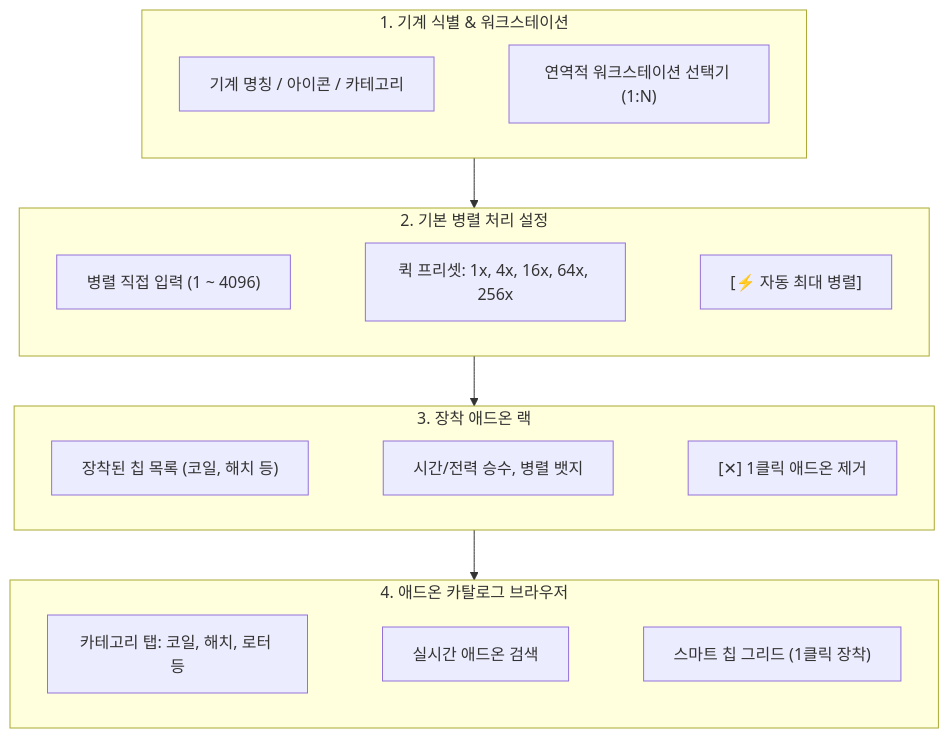
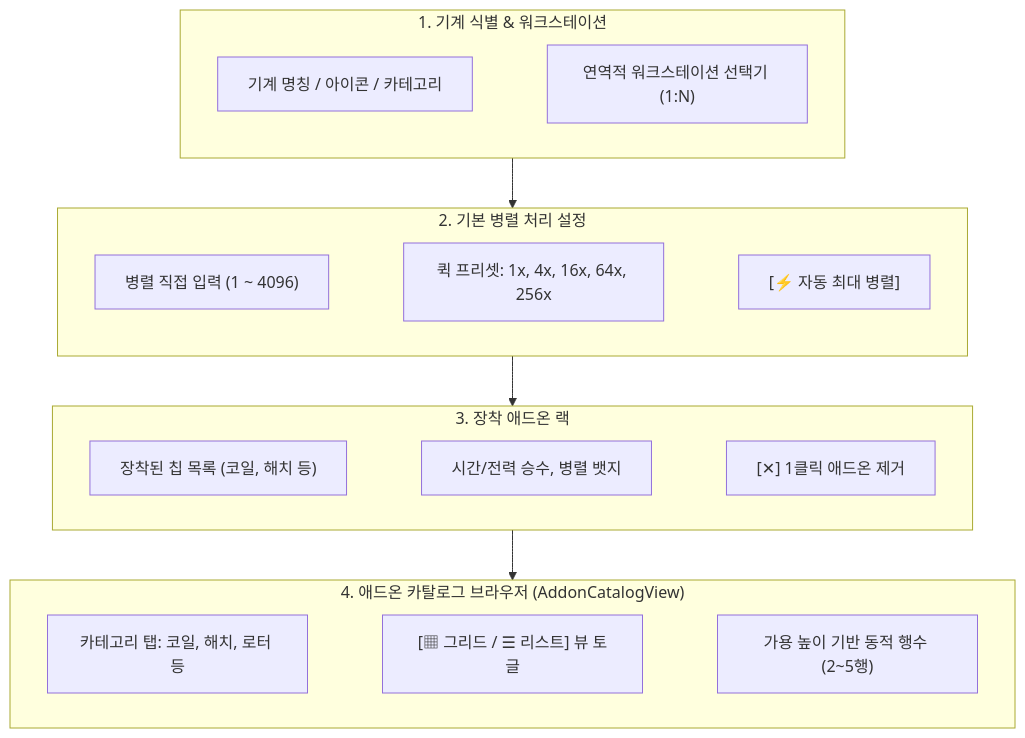
Before and after one commit to Amvermain/GregTechCalculatorBoard: the diagram in docs/ko_kr/spec/03_02_MACHINE_CONFIG_AND_ADDONS.md, drawn with Mermaid. The commit also changed other lines of this file and 111 other files, not shown here.

````diff
--- a/docs/ko_kr/spec/03_02_MACHINE_CONFIG_AND_ADDONS.md
+++ b/docs/ko_kr/spec/03_02_MACHINE_CONFIG_AND_ADDONS.md
@@ -12,24 +12,24 @@
 ```mermaid
 flowchart TB
     subgraph Header["1. 기계 식별 & 워크스테이션"]
         direction LR
         TITLE["기계 명칭 / 아이콘 / 카테고리"] ~~~ WS_SELECT["연역적 워크스테이션 선택기 (1:N)"]
     end
 
     subgraph Section1["2. 기본 병렬 처리 설정"]
         direction LR
         PAR_INPUT["병렬 직접 입력 (1 ~ 4096)"] ~~~ PRESETS["퀵 프리셋: 1x, 4x, 16x, 64x, 256x"] ~~~ AUTO_MAX["[⚡ 자동 최대 병렬]"]
     end
 
     subgraph Section2["3. 장착 애드온 랙"]
         direction LR
         ACTIVE_LIST["장착된 칩 목록 (코일, 해치 등)"] ~~~ STATS_BADGE["시간/전력 승수, 병렬 뱃지"] ~~~ DEL_BTN["[✕] 1클릭 애드온 제거"]
     end
 
-    subgraph Section3["4. 애드온 카탈로그 브라우저"]
+    subgraph Section3["4. 애드온 카탈로그 브라우저 (AddonCatalogView)"]
         direction LR
-        TABS["카테고리 탭: 코일, 해치, 로터 등"] ~~~ SEARCH["실시간 애드온 검색"] ~~~ CHIP_GRID["스마트 칩 그리드 (1클릭 장착)"]
+        TABS["카테고리 탭: 코일, 해치, 로터 등"] ~~~ VIEW_MODE["[▦ 그리드 / ☰ 리스트] 뷰 토글"] ~~~ DYNAMIC_ROWS["가용 높이 기반 동적 행수 (2~5행)"]
     end
 
     Header --> Section1 --> Section2 --> Section3
 ```
````
